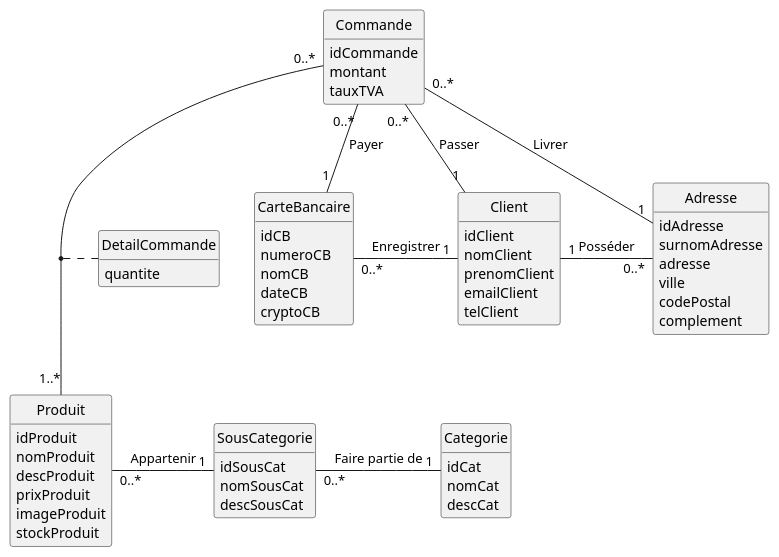
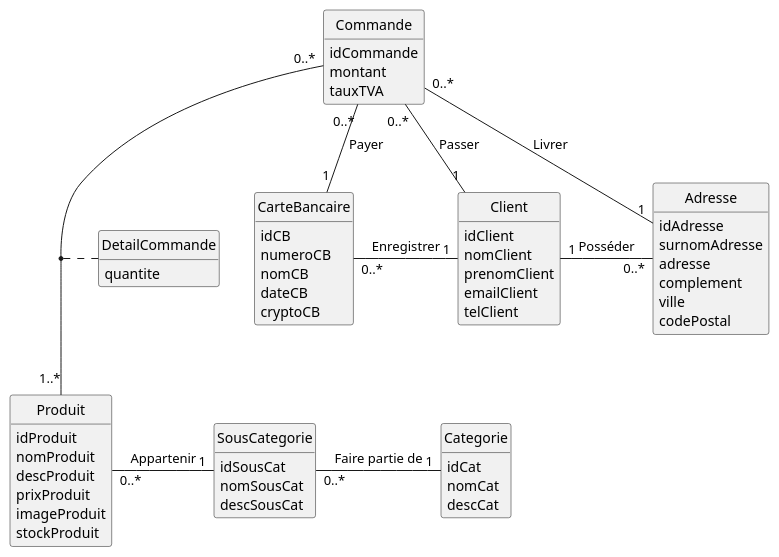
Before and after one commit to IUT-Blagnac/sae3-01-devapp-g2a-9: the diagram in bd/dc.plantuml, drawn with PlantUML. The commit also changed other lines of this file, not shown here.

Commit message:
minor fix dc uml

```diff
--- a/bd/dc.plantuml
+++ b/bd/dc.plantuml
@@ -1,63 +1,63 @@
 @startuml
 class Produit{
     idProduit
     nomProduit
     descProduit
     prixProduit
     imageProduit
     stockProduit
 }
 class Categorie{
     idCat
     nomCat
     descCat
 }
 class SousCategorie{
     idSousCat
     nomSousCat
     descSousCat
 }
 class DetailCommande{
     quantite    
 }
 class Commande{
     idCommande
     montant
     tauxTVA
 }
 class Client{
     idClient
     nomClient
     prenomClient
     emailClient
     telClient
 }
 class Adresse{
     idAdresse
     surnomAdresse
     adresse
+    complement
     ville
     codePostal
-    complement
 }
 class CarteBancaire{
     idCB
     numeroCB
     nomCB
     dateCB
     cryptoCB
 }
 
 Produit "0..*" - "1" SousCategorie : Appartenir
 SousCategorie "0..*" - "1" Categorie : Faire partie de
 Commande "0..*" -- "1..*" Produit
 (Commande, Produit) .. DetailCommande
 Commande "0..*" -- "1" Client : Passer
 Client "1" - "0..*" Adresse : Posséder
 CarteBancaire "0..*" - "1" Client : Enregistrer
 Commande "0..*" -- "1" CarteBancaire : Payer
 Commande "0..*" - "1" Adresse : Livrer
 
 hide empty methods
 hide circle
 @enduml
```
